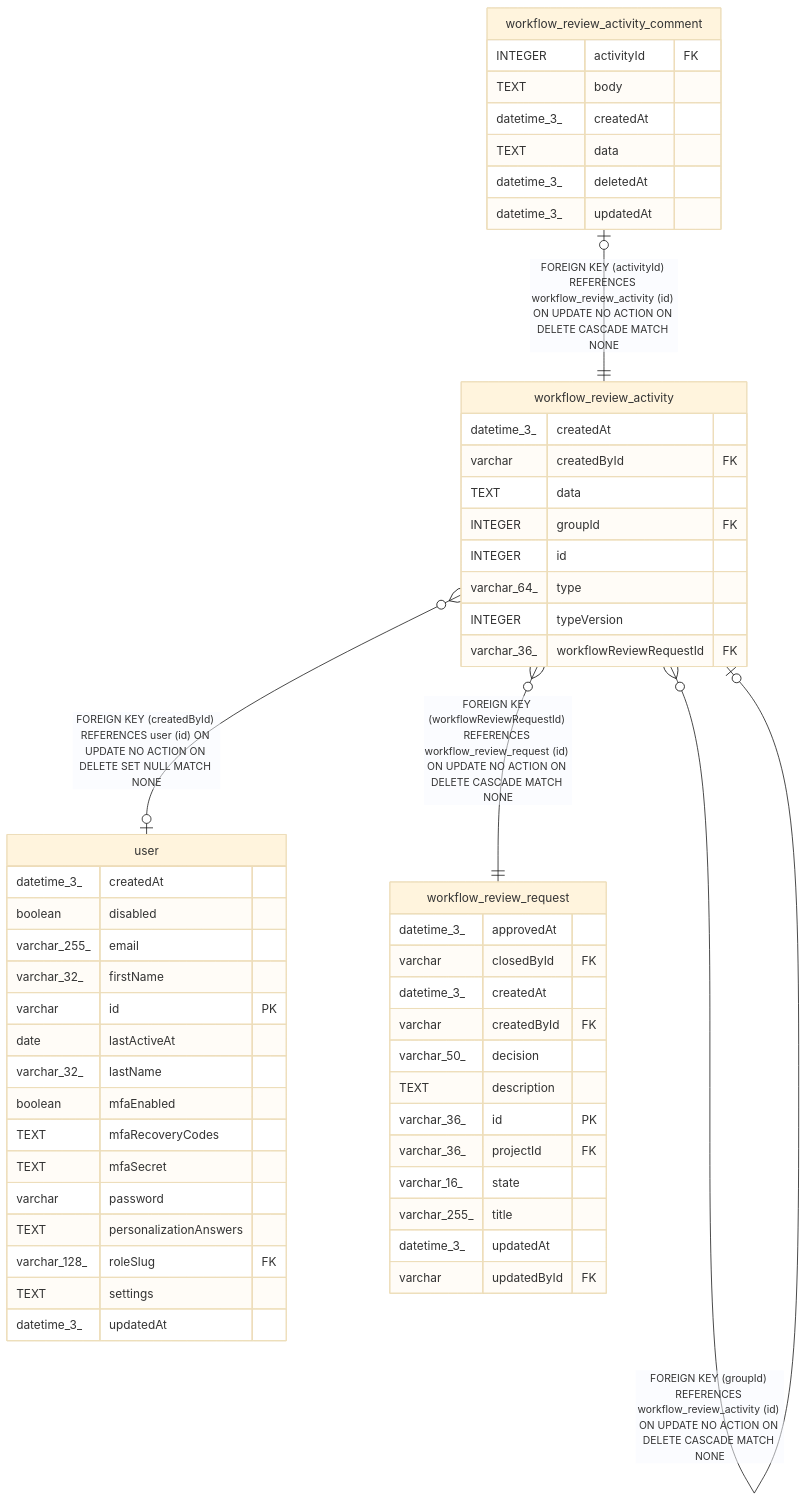
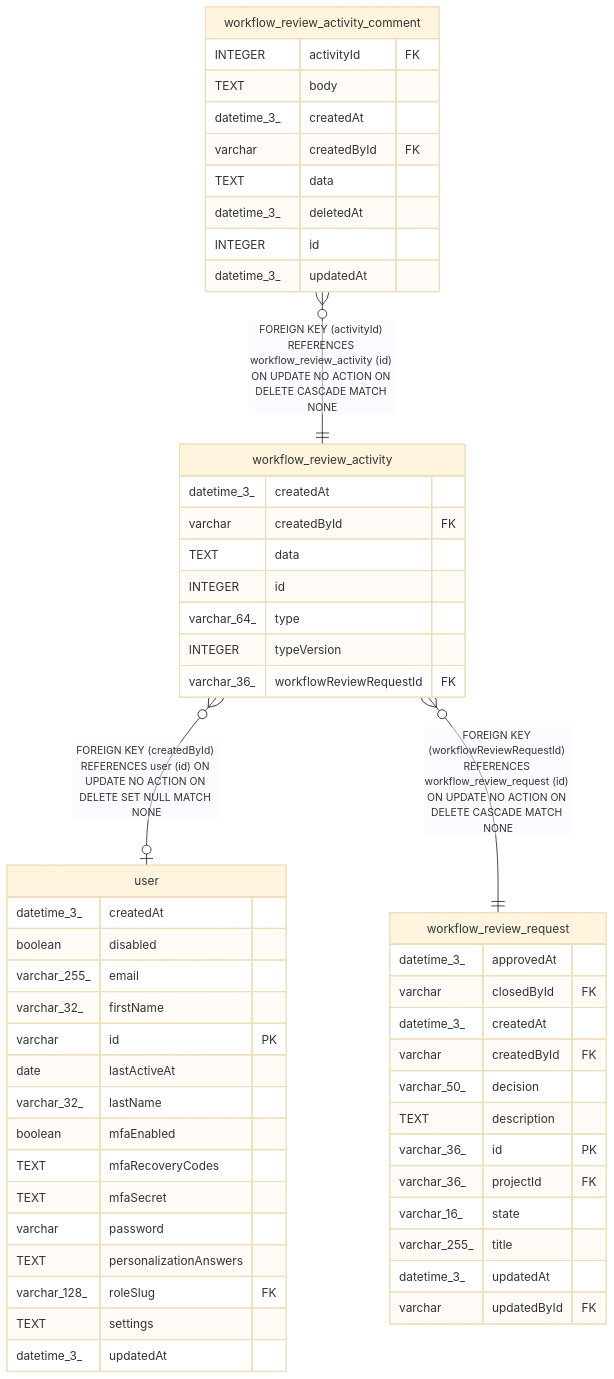
One commit to mayankjain1815-commits/n8n changed the diagram in docs/generated/sqlite-schema/workflow_review_activity.md. Above: the diagram before and after it, drawn with Mermaid (base theme). The commit also changed other lines of this file and 13 other files, not shown here.

````diff
--- a/docs/generated/sqlite-schema/workflow_review_activity.md
+++ b/docs/generated/sqlite-schema/workflow_review_activity.md
@@ -45,58 +42,58 @@
 ```mermaid
 erDiagram
 
 "workflow_review_activity" }o--o| "user" : "FOREIGN KEY (createdById) REFERENCES user (id) ON UPDATE NO ACTION ON DELETE SET NULL MATCH NONE"
-"workflow_review_activity" }o--o| "workflow_review_activity" : "FOREIGN KEY (groupId) REFERENCES workflow_review_activity (id) ON UPDATE NO ACTION ON DELETE CASCADE MATCH NONE"
-"workflow_review_activity_comment" |o--|| "workflow_review_activity" : "FOREIGN KEY (activityId) REFERENCES workflow_review_activity (id) ON UPDATE NO ACTION ON DELETE CASCADE MATCH NONE"
+"workflow_review_activity_comment" }o--|| "workflow_review_activity" : "FOREIGN KEY (activityId) REFERENCES workflow_review_activity (id) ON UPDATE NO ACTION ON DELETE CASCADE MATCH NONE"
 "workflow_review_activity" }o--|| "workflow_review_request" : "FOREIGN KEY (workflowReviewRequestId) REFERENCES workflow_review_request (id) ON UPDATE NO ACTION ON DELETE CASCADE MATCH NONE"
 
 "workflow_review_activity" {
   datetime_3_ createdAt
   varchar createdById FK
   TEXT data
-  INTEGER groupId FK
   INTEGER id
   varchar_64_ type
   INTEGER typeVersion
   varchar_36_ workflowReviewRequestId FK
 }
 "user" {
   datetime_3_ createdAt
   boolean disabled
   varchar_255_ email
   varchar_32_ firstName
   varchar id PK
   date lastActiveAt
   varchar_32_ lastName
   boolean mfaEnabled
   TEXT mfaRecoveryCodes
   TEXT mfaSecret
   varchar password
   TEXT personalizationAnswers
   varchar_128_ roleSlug FK
   TEXT settings
   datetime_3_ updatedAt
 }
 "workflow_review_activity_comment" {
   INTEGER activityId FK
   TEXT body
   datetime_3_ createdAt
+  varchar createdById FK
   TEXT data
   datetime_3_ deletedAt
+  INTEGER id
   datetime_3_ updatedAt
 }
 "workflow_review_request" {
   datetime_3_ approvedAt
   varchar closedById FK
   datetime_3_ createdAt
   varchar createdById FK
   varchar_50_ decision
   TEXT description
   varchar_36_ id PK
   varchar_36_ projectId FK
   varchar_16_ state
   varchar_255_ title
   datetime_3_ updatedAt
   varchar updatedById FK
 }
 ```
````
